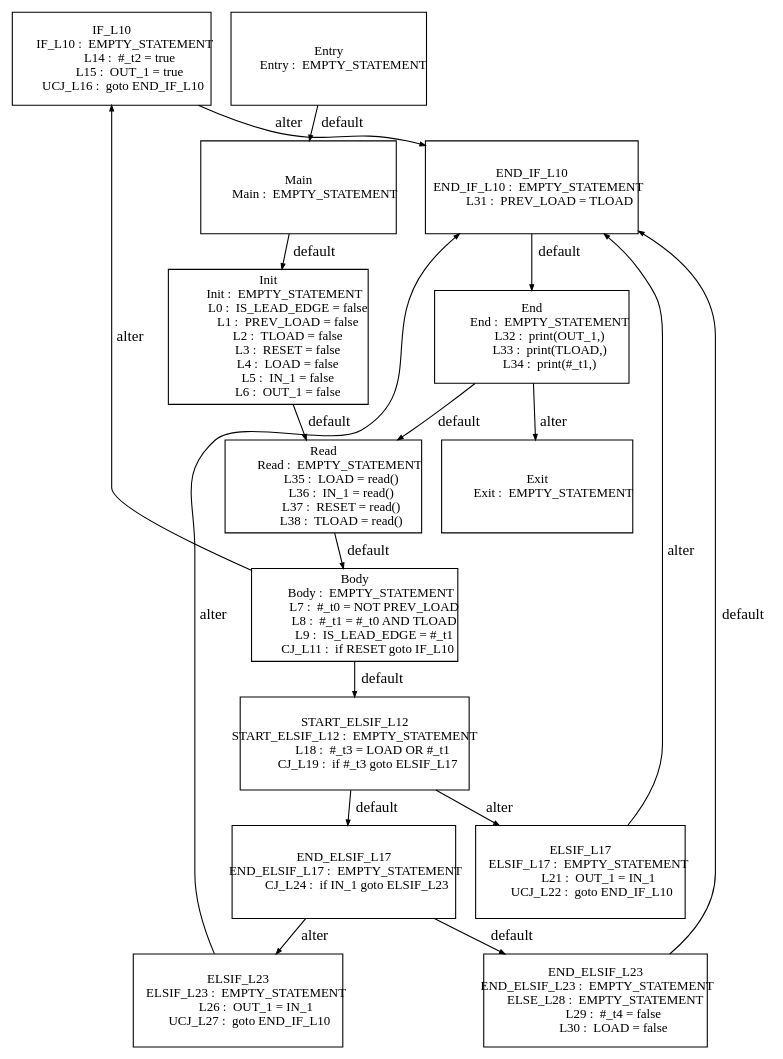
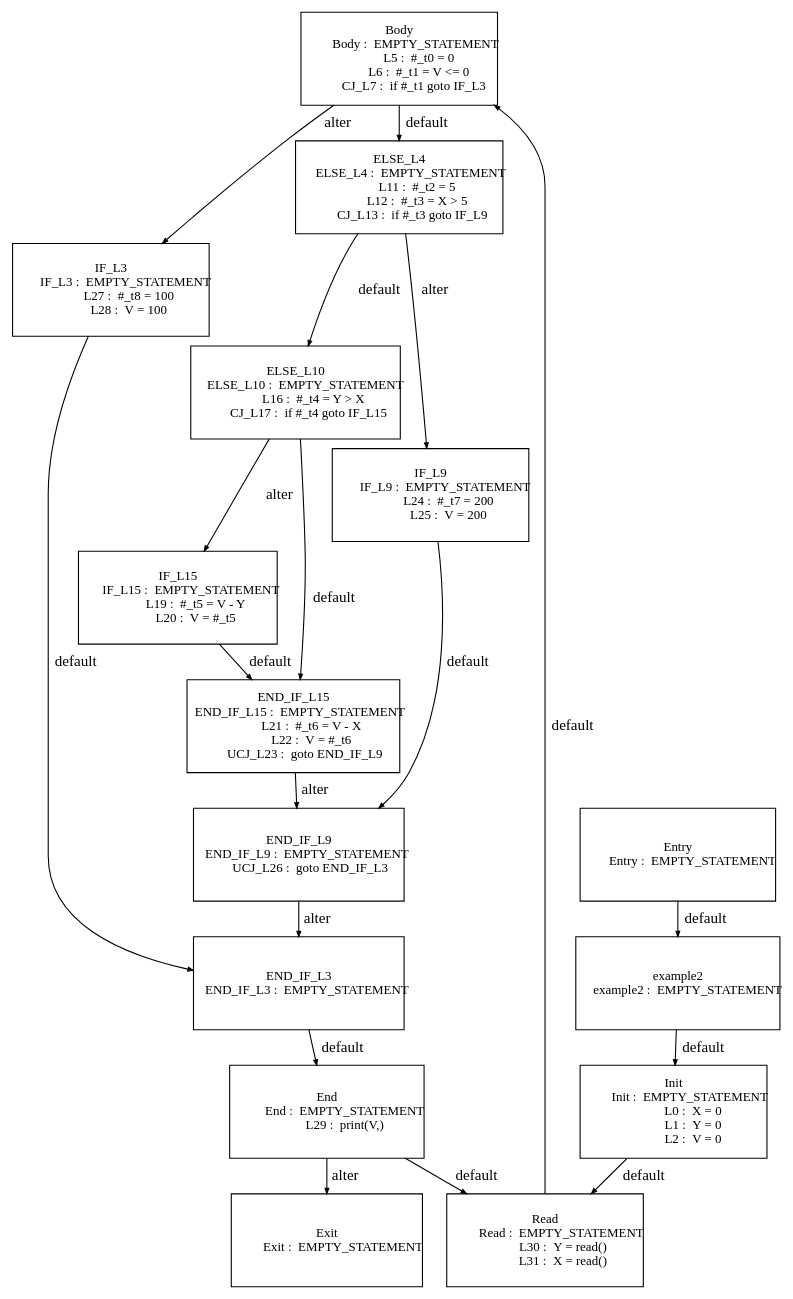
The diagram in tests_programs/paper1_tests/example2_output/Graph_example2_CP_0.dot (Geoffrey1014/ST_DSE), drawn with Graphviz before and after one commit. The commit also changed 117 other files, not shown here.

```diff
--- a/tests_programs/paper1_tests/example2_output/Graph_example2_CP_0.dot
+++ b/tests_programs/paper1_tests/example2_output/Graph_example2_CP_0.dot
@@ -3,231 +3,212 @@
   edge [arrowsize=.5]
   node [shape=rectangle, fontname="ArialNarrow",
         fontsize=12,  height=1.2];
-  "IF_L10
-         IF_L10 :  EMPTY_STATEMENT
-            L14 :  #_t2 = true
-            L15 :  OUT_1 = true
-        UCJ_L16 :  goto END_IF_L10
+  "Body
+           Body :  EMPTY_STATEMENT
+             L5 :  #_t0 = 0
+             L6 :  #_t1 = V <= 0
+          CJ_L7 :  if #_t1 goto IF_L3
+"; "IF_L15
+         IF_L15 :  EMPTY_STATEMENT
+            L19 :  #_t5 = V - Y
+            L20 :  V = #_t5
+"; "END_IF_L9
+      END_IF_L9 :  EMPTY_STATEMENT
+        UCJ_L26 :  goto END_IF_L3
+"; "ELSE_L10
+       ELSE_L10 :  EMPTY_STATEMENT
+            L16 :  #_t4 = Y > X
+         CJ_L17 :  if #_t4 goto IF_L15
+"; "IF_L3
+          IF_L3 :  EMPTY_STATEMENT
+            L27 :  #_t8 = 100
+            L28 :  V = 100
+"; "END_IF_L3
+      END_IF_L3 :  EMPTY_STATEMENT
+"; "Exit
+           Exit :  EMPTY_STATEMENT
 "; "Read
            Read :  EMPTY_STATEMENT
-            L35 :  LOAD = read()
-            L36 :  IN_1 = read()
-            L37 :  RESET = read()
-            L38 :  TLOAD = read()
-"; "ELSIF_L23
-      ELSIF_L23 :  EMPTY_STATEMENT
-            L26 :  OUT_1 = IN_1
-        UCJ_L27 :  goto END_IF_L10
-"; "END_ELSIF_L23
-  END_ELSIF_L23 :  EMPTY_STATEMENT
-       ELSE_L28 :  EMPTY_STATEMENT
-            L29 :  #_t4 = false
-            L30 :  LOAD = false
+            L30 :  Y = read()
+            L31 :  X = read()
+"; "ELSE_L4
+        ELSE_L4 :  EMPTY_STATEMENT
+            L11 :  #_t2 = 5
+            L12 :  #_t3 = X > 5
+         CJ_L13 :  if #_t3 goto IF_L9
 "; "Init
            Init :  EMPTY_STATEMENT
-             L0 :  IS_LEAD_EDGE = false
-             L1 :  PREV_LOAD = false
-             L2 :  TLOAD = false
-             L3 :  RESET = false
-             L4 :  LOAD = false
-             L5 :  IN_1 = false
-             L6 :  OUT_1 = false
-"; "ELSIF_L17
-      ELSIF_L17 :  EMPTY_STATEMENT
-            L21 :  OUT_1 = IN_1
-        UCJ_L22 :  goto END_IF_L10
-"; "Exit
-           Exit :  EMPTY_STATEMENT
-"; "Main
-           Main :  EMPTY_STATEMENT
-"; "END_ELSIF_L17
-  END_ELSIF_L17 :  EMPTY_STATEMENT
-         CJ_L24 :  if IN_1 goto ELSIF_L23
-"; "END_IF_L10
-     END_IF_L10 :  EMPTY_STATEMENT
-            L31 :  PREV_LOAD = TLOAD
-"; "Body
-           Body :  EMPTY_STATEMENT
-             L7 :  #_t0 = NOT PREV_LOAD
-             L8 :  #_t1 = #_t0 AND TLOAD
-             L9 :  IS_LEAD_EDGE = #_t1
-         CJ_L11 :  if RESET goto IF_L10
-"; "START_ELSIF_L12
-START_ELSIF_L12 :  EMPTY_STATEMENT
-            L18 :  #_t3 = LOAD OR #_t1
-         CJ_L19 :  if #_t3 goto ELSIF_L17
+             L0 :  X = 0
+             L1 :  Y = 0
+             L2 :  V = 0
 "; "Entry
           Entry :  EMPTY_STATEMENT
+"; "IF_L9
+          IF_L9 :  EMPTY_STATEMENT
+            L24 :  #_t7 = 200
+            L25 :  V = 200
+"; "example2
+       example2 :  EMPTY_STATEMENT
+"; "END_IF_L15
+     END_IF_L15 :  EMPTY_STATEMENT
+            L21 :  #_t6 = V - X
+            L22 :  V = #_t6
+        UCJ_L23 :  goto END_IF_L9
 "; "End
             End :  EMPTY_STATEMENT
-            L32 :  print(OUT_1,)
-            L33 :  print(TLOAD,)
-            L34 :  print(#_t1,)
+            L29 :  print(V,)
 "; 
-  "Main
-           Main :  EMPTY_STATEMENT
+  "example2
+       example2 :  EMPTY_STATEMENT
 " -> "Init
            Init :  EMPTY_STATEMENT
-             L0 :  IS_LEAD_EDGE = false
-             L1 :  PREV_LOAD = false
-             L2 :  TLOAD = false
-             L3 :  RESET = false
-             L4 :  LOAD = false
-             L5 :  IN_1 = false
-             L6 :  OUT_1 = false
+             L0 :  X = 0
+             L1 :  Y = 0
+             L2 :  V = 0
 "  [label="default"];
   "Init
            Init :  EMPTY_STATEMENT
-             L0 :  IS_LEAD_EDGE = false
-             L1 :  PREV_LOAD = false
-             L2 :  TLOAD = false
-             L3 :  RESET = false
-             L4 :  LOAD = false
-             L5 :  IN_1 = false
-             L6 :  OUT_1 = false
+             L0 :  X = 0
+             L1 :  Y = 0
+             L2 :  V = 0
 " -> "Read
            Read :  EMPTY_STATEMENT
-            L35 :  LOAD = read()
-            L36 :  IN_1 = read()
-            L37 :  RESET = read()
-            L38 :  TLOAD = read()
+            L30 :  Y = read()
+            L31 :  X = read()
 "  [label="default"];
   "Body
            Body :  EMPTY_STATEMENT
-             L7 :  #_t0 = NOT PREV_LOAD
-             L8 :  #_t1 = #_t0 AND TLOAD
-             L9 :  IS_LEAD_EDGE = #_t1
-         CJ_L11 :  if RESET goto IF_L10
-" -> "START_ELSIF_L12
-START_ELSIF_L12 :  EMPTY_STATEMENT
-            L18 :  #_t3 = LOAD OR #_t1
-         CJ_L19 :  if #_t3 goto ELSIF_L17
+             L5 :  #_t0 = 0
+             L6 :  #_t1 = V <= 0
+          CJ_L7 :  if #_t1 goto IF_L3
+" -> "ELSE_L4
+        ELSE_L4 :  EMPTY_STATEMENT
+            L11 :  #_t2 = 5
+            L12 :  #_t3 = X > 5
+         CJ_L13 :  if #_t3 goto IF_L9
 "  [label="default"];
   "Body
            Body :  EMPTY_STATEMENT
-             L7 :  #_t0 = NOT PREV_LOAD
-             L8 :  #_t1 = #_t0 AND TLOAD
-             L9 :  IS_LEAD_EDGE = #_t1
-         CJ_L11 :  if RESET goto IF_L10
-" -> "IF_L10
-         IF_L10 :  EMPTY_STATEMENT
-            L14 :  #_t2 = true
-            L15 :  OUT_1 = true
-        UCJ_L16 :  goto END_IF_L10
+             L5 :  #_t0 = 0
+             L6 :  #_t1 = V <= 0
+          CJ_L7 :  if #_t1 goto IF_L3
+" -> "IF_L3
+          IF_L3 :  EMPTY_STATEMENT
+            L27 :  #_t8 = 100
+            L28 :  V = 100
 "  [label="alter"];
-  "IF_L10
-         IF_L10 :  EMPTY_STATEMENT
-            L14 :  #_t2 = true
-            L15 :  OUT_1 = true
-        UCJ_L16 :  goto END_IF_L10
-" -> "END_IF_L10
-     END_IF_L10 :  EMPTY_STATEMENT
-            L31 :  PREV_LOAD = TLOAD
+  "ELSE_L4
+        ELSE_L4 :  EMPTY_STATEMENT
+            L11 :  #_t2 = 5
+            L12 :  #_t3 = X > 5
+         CJ_L13 :  if #_t3 goto IF_L9
+" -> "ELSE_L10
+       ELSE_L10 :  EMPTY_STATEMENT
+            L16 :  #_t4 = Y > X
+         CJ_L17 :  if #_t4 goto IF_L15
+"  [label="default"];
+  "ELSE_L4
+        ELSE_L4 :  EMPTY_STATEMENT
+            L11 :  #_t2 = 5
+            L12 :  #_t3 = X > 5
+         CJ_L13 :  if #_t3 goto IF_L9
+" -> "IF_L9
+          IF_L9 :  EMPTY_STATEMENT
+            L24 :  #_t7 = 200
+            L25 :  V = 200
 "  [label="alter"];
-  "START_ELSIF_L12
-START_ELSIF_L12 :  EMPTY_STATEMENT
-            L18 :  #_t3 = LOAD OR #_t1
-         CJ_L19 :  if #_t3 goto ELSIF_L17
-" -> "END_ELSIF_L17
-  END_ELSIF_L17 :  EMPTY_STATEMENT
-         CJ_L24 :  if IN_1 goto ELSIF_L23
+  "ELSE_L10
+       ELSE_L10 :  EMPTY_STATEMENT
+            L16 :  #_t4 = Y > X
+         CJ_L17 :  if #_t4 goto IF_L15
+" -> "END_IF_L15
+     END_IF_L15 :  EMPTY_STATEMENT
+            L21 :  #_t6 = V - X
+            L22 :  V = #_t6
+        UCJ_L23 :  goto END_IF_L9
 "  [label="default"];
-  "START_ELSIF_L12
-START_ELSIF_L12 :  EMPTY_STATEMENT
-            L18 :  #_t3 = LOAD OR #_t1
-         CJ_L19 :  if #_t3 goto ELSIF_L17
-" -> "ELSIF_L17
-      ELSIF_L17 :  EMPTY_STATEMENT
-            L21 :  OUT_1 = IN_1
-        UCJ_L22 :  goto END_IF_L10
+  "ELSE_L10
+       ELSE_L10 :  EMPTY_STATEMENT
+            L16 :  #_t4 = Y > X
+         CJ_L17 :  if #_t4 goto IF_L15
+" -> "IF_L15
+         IF_L15 :  EMPTY_STATEMENT
+            L19 :  #_t5 = V - Y
+            L20 :  V = #_t5
 "  [label="alter"];
-  "ELSIF_L17
-      ELSIF_L17 :  EMPTY_STATEMENT
-            L21 :  OUT_1 = IN_1
-        UCJ_L22 :  goto END_IF_L10
-" -> "END_IF_L10
-     END_IF_L10 :  EMPTY_STATEMENT
-            L31 :  PREV_LOAD = TLOAD
+  "IF_L15
+         IF_L15 :  EMPTY_STATEMENT
+            L19 :  #_t5 = V - Y
+            L20 :  V = #_t5
+" -> "END_IF_L15
+     END_IF_L15 :  EMPTY_STATEMENT
+            L21 :  #_t6 = V - X
+            L22 :  V = #_t6
+        UCJ_L23 :  goto END_IF_L9
+"  [label="default"];
+  "END_IF_L15
+     END_IF_L15 :  EMPTY_STATEMENT
+            L21 :  #_t6 = V - X
+            L22 :  V = #_t6
+        UCJ_L23 :  goto END_IF_L9
+" -> "END_IF_L9
+      END_IF_L9 :  EMPTY_STATEMENT
+        UCJ_L26 :  goto END_IF_L3
 "  [label="alter"];
-  "END_ELSIF_L17
-  END_ELSIF_L17 :  EMPTY_STATEMENT
-         CJ_L24 :  if IN_1 goto ELSIF_L23
-" -> "END_ELSIF_L23
-  END_ELSIF_L23 :  EMPTY_STATEMENT
-       ELSE_L28 :  EMPTY_STATEMENT
-            L29 :  #_t4 = false
-            L30 :  LOAD = false
+  "IF_L9
+          IF_L9 :  EMPTY_STATEMENT
+            L24 :  #_t7 = 200
+            L25 :  V = 200
+" -> "END_IF_L9
+      END_IF_L9 :  EMPTY_STATEMENT
+        UCJ_L26 :  goto END_IF_L3
 "  [label="default"];
-  "END_ELSIF_L17
-  END_ELSIF_L17 :  EMPTY_STATEMENT
-         CJ_L24 :  if IN_1 goto ELSIF_L23
-" -> "ELSIF_L23
-      ELSIF_L23 :  EMPTY_STATEMENT
-            L26 :  OUT_1 = IN_1
-        UCJ_L27 :  goto END_IF_L10
+  "END_IF_L9
+      END_IF_L9 :  EMPTY_STATEMENT
+        UCJ_L26 :  goto END_IF_L3
+" -> "END_IF_L3
+      END_IF_L3 :  EMPTY_STATEMENT
 "  [label="alter"];
-  "ELSIF_L23
-      ELSIF_L23 :  EMPTY_STATEMENT
-            L26 :  OUT_1 = IN_1
-        UCJ_L27 :  goto END_IF_L10
-" -> "END_IF_L10
-     END_IF_L10 :  EMPTY_STATEMENT
-            L31 :  PREV_LOAD = TLOAD
-"  [label="alter"];
-  "END_ELSIF_L23
-  END_ELSIF_L23 :  EMPTY_STATEMENT
-       ELSE_L28 :  EMPTY_STATEMENT
-            L29 :  #_t4 = false
-            L30 :  LOAD = false
-" -> "END_IF_L10
-     END_IF_L10 :  EMPTY_STATEMENT
-            L31 :  PREV_LOAD = TLOAD
+  "IF_L3
+          IF_L3 :  EMPTY_STATEMENT
+            L27 :  #_t8 = 100
+            L28 :  V = 100
+" -> "END_IF_L3
+      END_IF_L3 :  EMPTY_STATEMENT
 "  [label="default"];
-  "END_IF_L10
-     END_IF_L10 :  EMPTY_STATEMENT
-            L31 :  PREV_LOAD = TLOAD
+  "END_IF_L3
+      END_IF_L3 :  EMPTY_STATEMENT
 " -> "End
             End :  EMPTY_STATEMENT
-            L32 :  print(OUT_1,)
-            L33 :  print(TLOAD,)
-            L34 :  print(#_t1,)
+            L29 :  print(V,)
 "  [label="default"];
   "Entry
           Entry :  EMPTY_STATEMENT
-" -> "Main
-           Main :  EMPTY_STATEMENT
+" -> "example2
+       example2 :  EMPTY_STATEMENT
 "  [label="default"];
   "End
             End :  EMPTY_STATEMENT
-            L32 :  print(OUT_1,)
-            L33 :  print(TLOAD,)
-            L34 :  print(#_t1,)
+            L29 :  print(V,)
 " -> "Read
            Read :  EMPTY_STATEMENT
-            L35 :  LOAD = read()
-            L36 :  IN_1 = read()
-            L37 :  RESET = read()
-            L38 :  TLOAD = read()
+            L30 :  Y = read()
+            L31 :  X = read()
 "  [label="default"];
   "End
             End :  EMPTY_STATEMENT
-            L32 :  print(OUT_1,)
-            L33 :  print(TLOAD,)
-            L34 :  print(#_t1,)
+            L29 :  print(V,)
 " -> "Exit
            Exit :  EMPTY_STATEMENT
 "  [label="alter"];
   "Read
            Read :  EMPTY_STATEMENT
-            L35 :  LOAD = read()
-            L36 :  IN_1 = read()
-            L37 :  RESET = read()
-            L38 :  TLOAD = read()
+            L30 :  Y = read()
+            L31 :  X = read()
 " -> "Body
            Body :  EMPTY_STATEMENT
-             L7 :  #_t0 = NOT PREV_LOAD
-             L8 :  #_t1 = #_t0 AND TLOAD
-             L9 :  IS_LEAD_EDGE = #_t1
-         CJ_L11 :  if RESET goto IF_L10
+             L5 :  #_t0 = 0
+             L6 :  #_t1 = V <= 0
+          CJ_L7 :  if #_t1 goto IF_L3
 "  [label="default"];
 }
```
